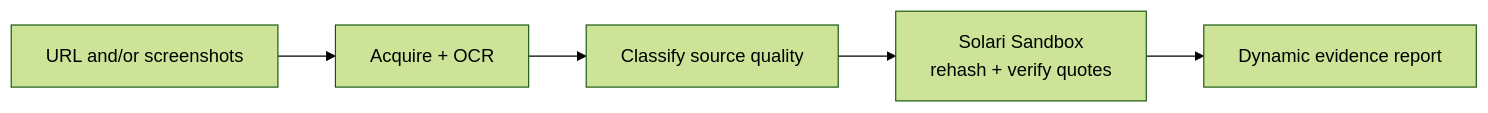
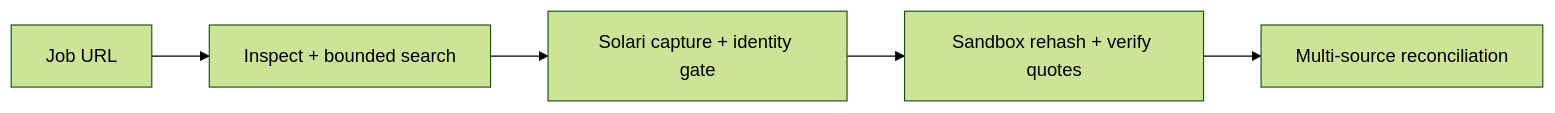
Before and after one commit to marcusmayo/roletruth: the diagram in README.md, drawn with Mermaid (forest theme). The commit also changed other lines of this file and 12 other files, not shown here.

Commit message:
Add Solari URL-only evidence discovery

````diff
--- a/README.md
+++ b/README.md
@@ -48,7 +61,7 @@
 ```mermaid
 flowchart LR
-  A["URL and/or screenshots"] --> B["Acquire + OCR"]
-  B --> C["Classify source quality"]
-  C --> D["Solari Sandbox<br/>rehash + verify quotes"]
-  D --> E["Dynamic evidence report"]
+  A["Job URL"] --> B["Inspect + bounded search"]
+  B --> C["Solari capture + identity gate"]
+  C --> D["Sandbox rehash + verify quotes"]
+  D --> E["Multi-source reconciliation"]
 ```
````
